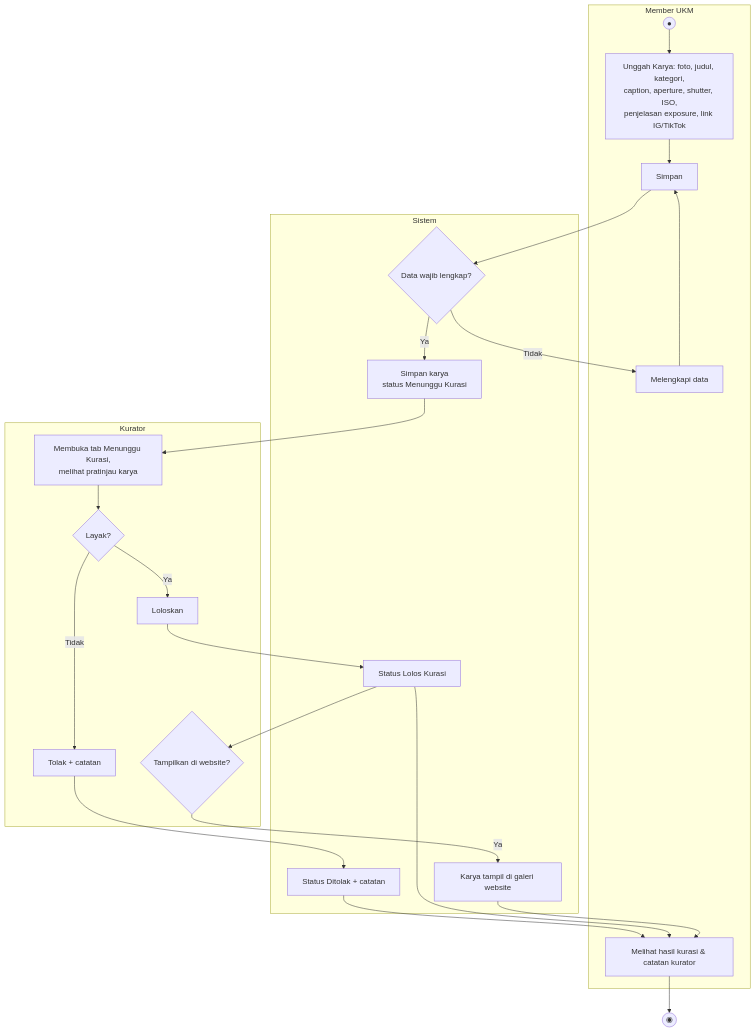
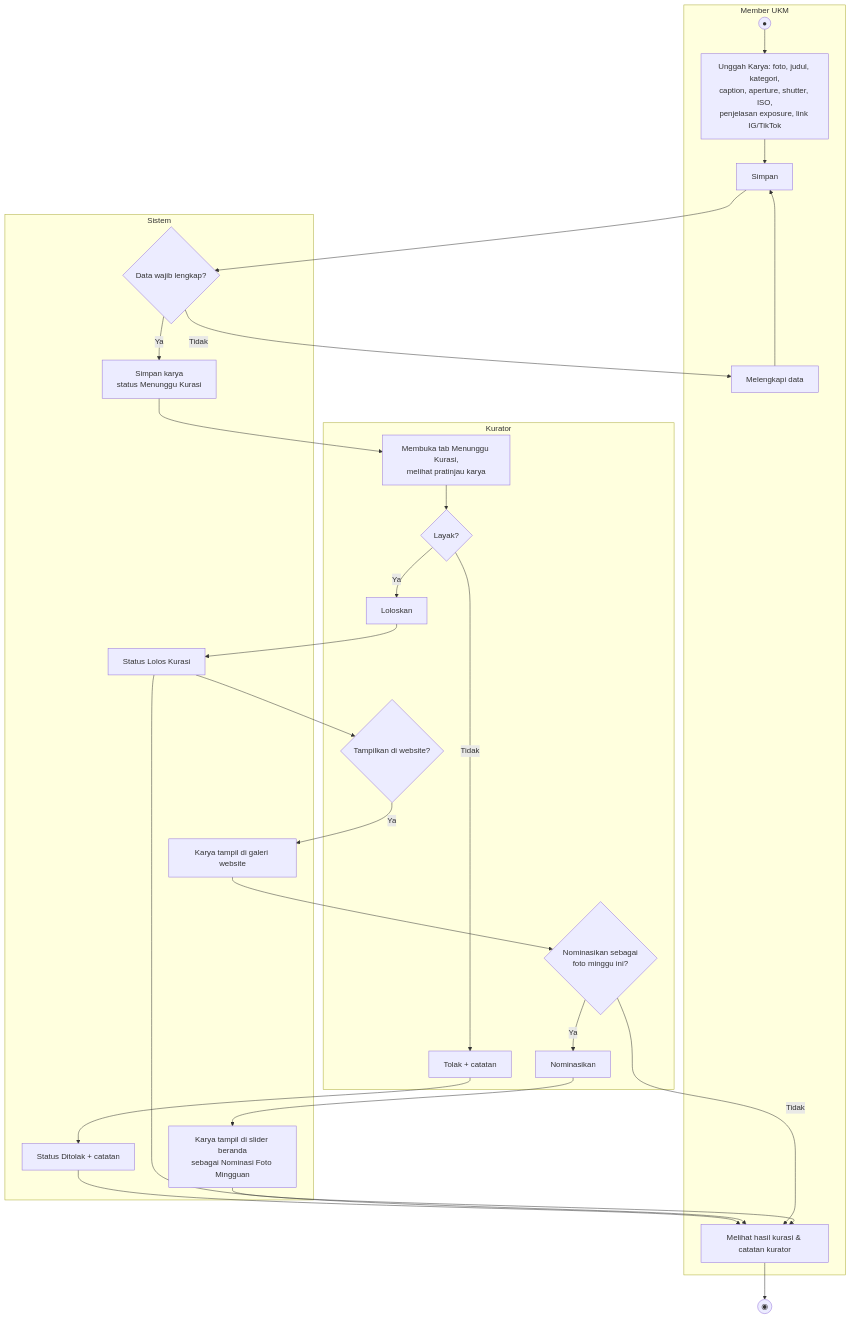
Before and after one commit to alwi-web/UKM-PHOTOHRAPHY-UNIVERSITAS-PANCASILA: the fourth of 9 diagrams in docs/uml.md, drawn with Mermaid. The commit also changed other lines of this file and 12 other files, not shown here.

First line of the commit message:
docs: perbarui UML dan ERD (nominasi foto mingguan, pencarian karya, panel per peran)

````diff
--- a/docs/uml.md
+++ b/docs/uml.md
@@ -132,29 +138,33 @@
 ```mermaid
 flowchart TB
     subgraph L1["Member UKM"]
         S((●)) --> A1[Unggah Karya: foto, judul, kategori,<br/>caption, aperture, shutter, ISO,<br/>penjelasan exposure, link IG/TikTok]
         A1 --> A2[Simpan]
         A4[Melengkapi data] --> A2
         A8[Melihat hasil kurasi & catatan kurator]
     end
     subgraph L2["Sistem"]
         A2 --> B1{Data wajib lengkap?}
         B1 -- Tidak --> A4
         B1 -- Ya --> B2[Simpan karya<br/>status Menunggu Kurasi]
         B4[Status Lolos Kurasi]
         B5[Status Ditolak + catatan]
         B6[Karya tampil di galeri website]
+        B7[Karya tampil di slider beranda<br/>sebagai Nominasi Foto Mingguan]
     end
     subgraph L3["Kurator"]
         B2 --> C1[Membuka tab Menunggu Kurasi,<br/>melihat pratinjau karya]
         C1 --> C2{Layak?}
         C2 -- Tidak --> C3[Tolak + catatan] --> B5
         C2 -- Ya --> C4[Loloskan] --> B4
         B4 --> C5{Tampilkan di website?}
         C5 -- Ya --> B6
+        B6 --> C6{Nominasikan sebagai<br/>foto minggu ini?}
+        C6 -- Ya --> C7[Nominasikan] --> B7
     end
     B5 --> A8
     B4 --> A8
-    B6 --> A8
+    C6 -- Tidak --> A8
+    B7 --> A8
     A8 --> E((◉))
 ```
````
